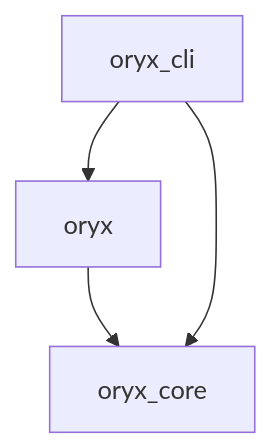
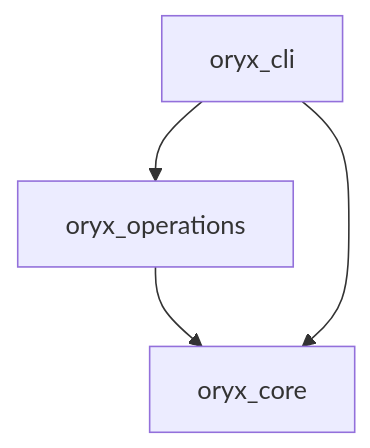
The diagram in 2023/namespace-package/README.md (dkmiller/tidbits), drawn with Mermaid before and after one commit. The commit also changed other lines of this file and 11 other files, not shown here.

````diff
--- a/2023/namespace-package/README.md
+++ b/2023/namespace-package/README.md
@@ -6,6 +6,6 @@
 ```mermaid
 flowchart TD
-    oryx --> oryx_core
-    oryx_cli --> oryx
+    oryx_operations --> oryx_core
+    oryx_cli --> oryx_operations
     oryx_cli --> oryx_core
 ```
````
